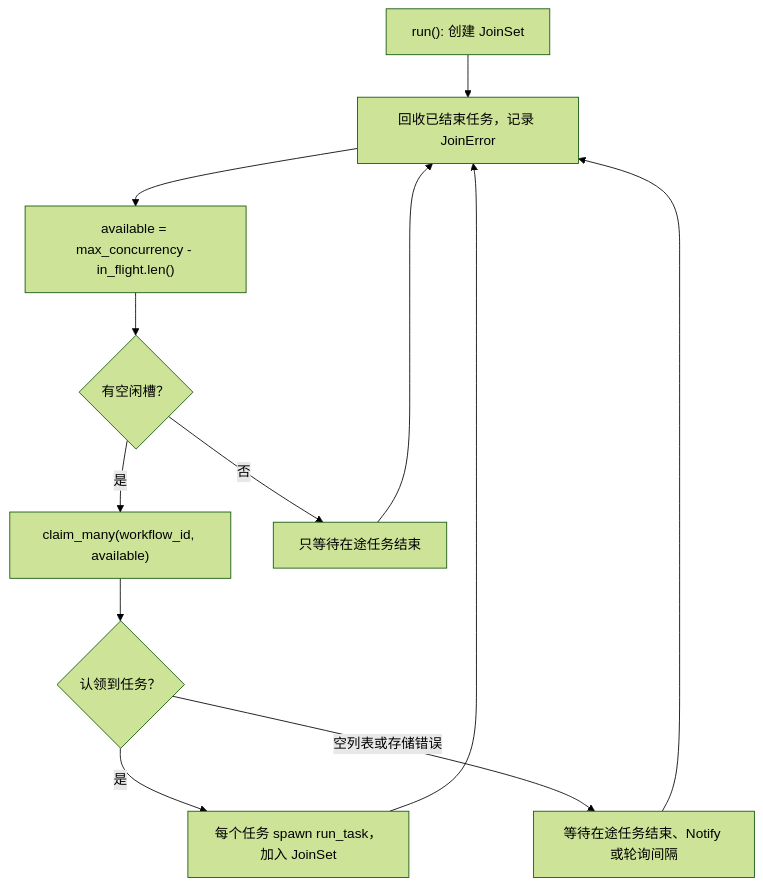
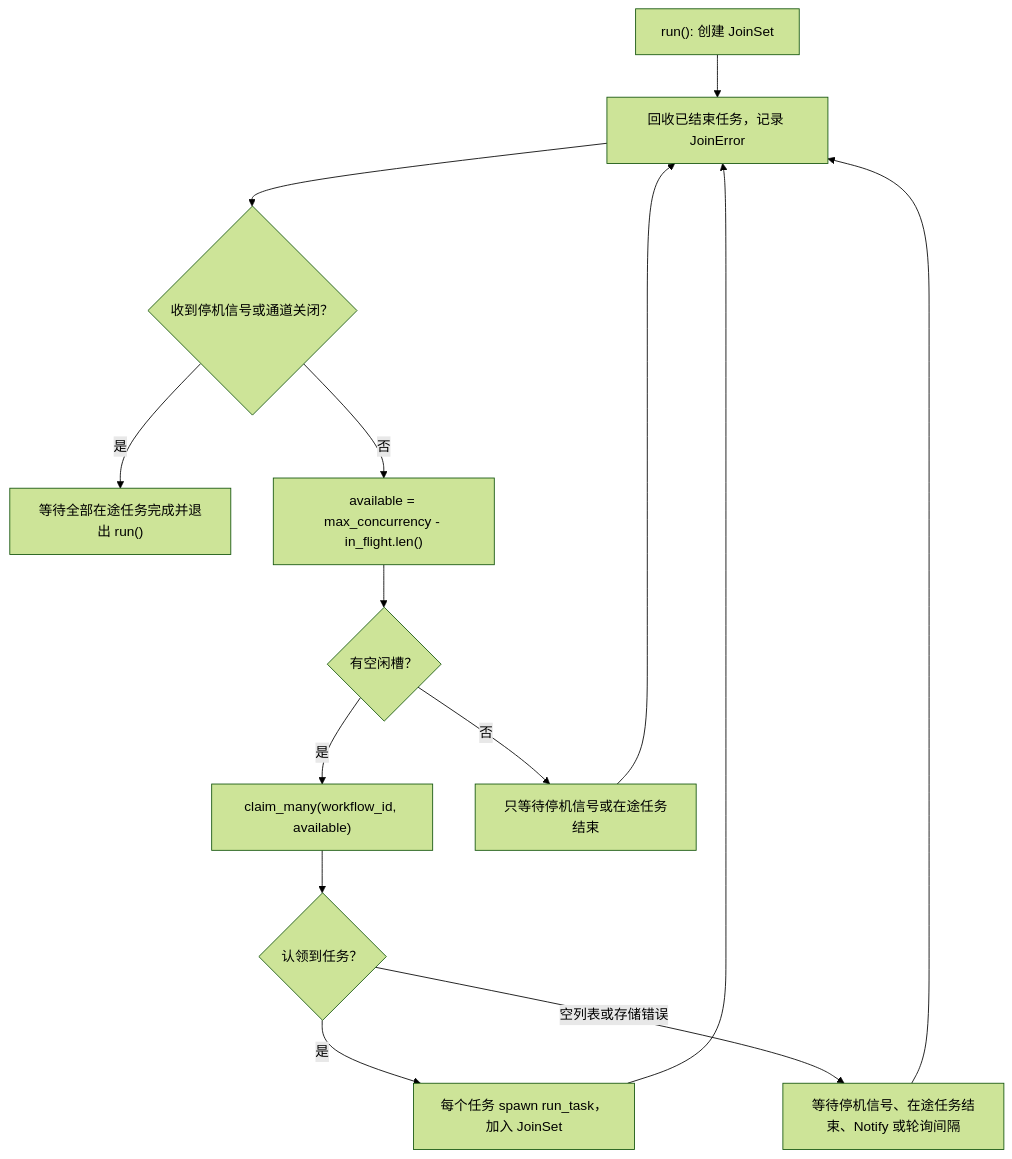
One commit to lzcers/workflow-engine changed the first of 2 diagrams in docs/scheduler-design.md. Above: the diagram before and after it, drawn with Mermaid (forest theme). The commit also changed other lines of this file and 3 other files, not shown here.

````diff
--- a/docs/scheduler-design.md
+++ b/docs/scheduler-design.md
@@ -61,14 +61,16 @@
 ```mermaid
 flowchart TD
     Start["run(): 创建 JoinSet"] --> Reap["回收已结束任务，记录 JoinError"]
-    Reap --> Slots["available = max_concurrency - in_flight.len()"]
+    Reap --> Shut{"收到停机信号或通道关闭？"}
+    Shut -- 是 --> Drain["等待全部在途任务完成并退出 run()"]
+    Shut -- 否 --> Slots["available = max_concurrency - in_flight.len()"]
     Slots --> HasSlot{"有空闲槽？"}
     HasSlot -- 是 --> Claim["claim_many(workflow_id, available)"]
     Claim --> HasTasks{"认领到任务？"}
     HasTasks -- 是 --> Spawn["每个任务 spawn run_task，加入 JoinSet"]
     Spawn --> Reap
-    HasTasks -- "空列表或存储错误" --> Wait["等待在途任务结束、Notify 或轮询间隔"]
-    HasSlot -- 否 --> Full["只等待在途任务结束"]
+    HasTasks -- "空列表或存储错误" --> Wait["等待停机信号、在途任务结束、Notify 或轮询间隔"]
+    HasSlot -- 否 --> Full["只等待停机信号或在途任务结束"]
     Wait --> Reap
     Full --> Reap
 ```
````
